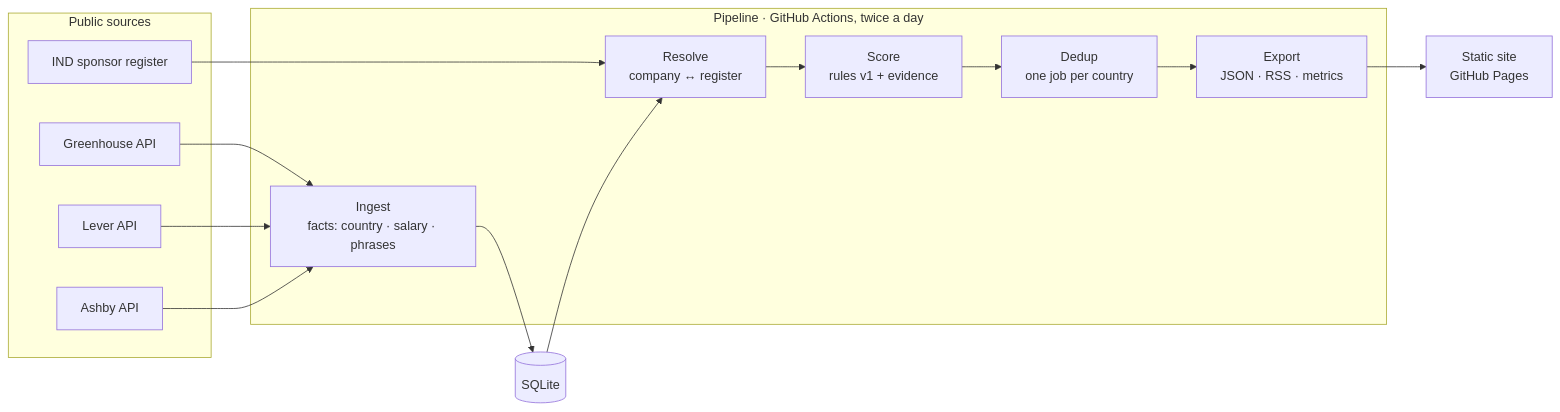
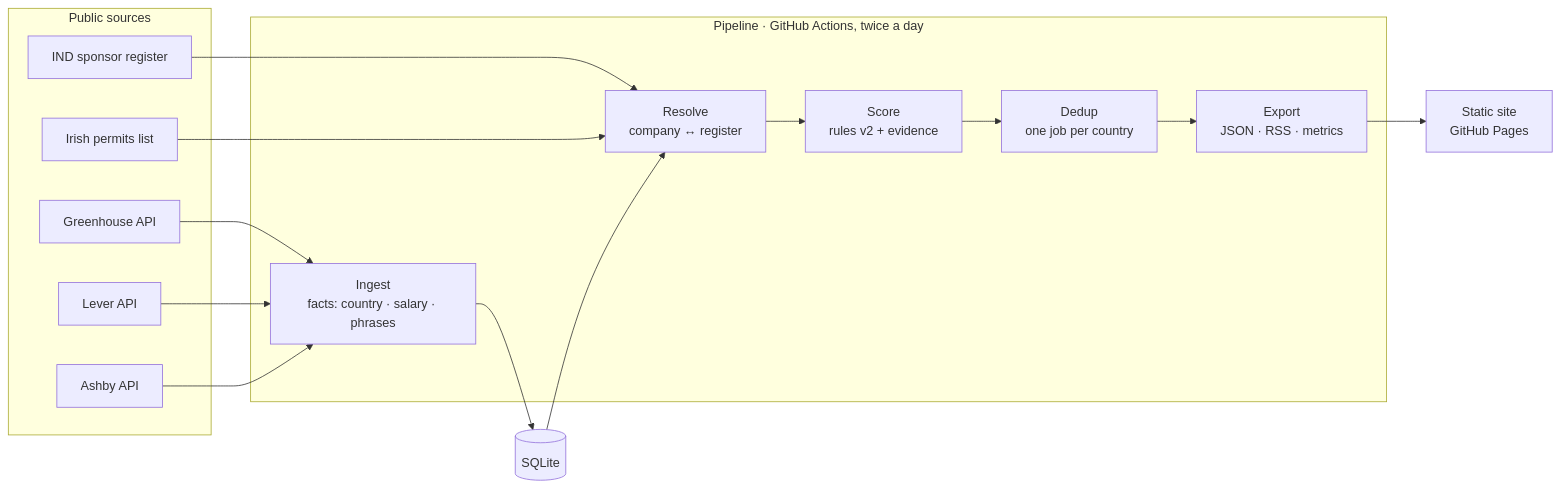
Before and after one commit to ilker-ekin/hadijob: the diagram in README.md, drawn with Mermaid. The commit also changed other lines of this file, not shown here.

Commit message:
docs: showcase covers the Irish permits list (rules v2) and the latest numbers

````diff
--- a/README.md
+++ b/README.md
@@ -57,21 +57,22 @@
 ```mermaid
 flowchart LR
   subgraph Sources["Public sources"]
     GH[Greenhouse API]
     LV[Lever API]
     AB[Ashby API]
     IND[IND sponsor register]
+    DETE[Irish permits list]
   end
   subgraph Pipeline["Pipeline · GitHub Actions, twice a day"]
     I[Ingest<br/>facts: country · salary · phrases]
     R[Resolve<br/>company ↔ register]
-    S[Score<br/>rules v1 + evidence]
+    S[Score<br/>rules v2 + evidence]
     D[Dedup<br/>one job per country]
     E[Export<br/>JSON · RSS · metrics]
   end
   DB[(SQLite)]
   Web[Static site<br/>GitHub Pages]
   GH & LV & AB --> I
-  IND --> R
+  IND & DETE --> R
   I --> DB --> R --> S --> D --> E --> Web
 ```
````
